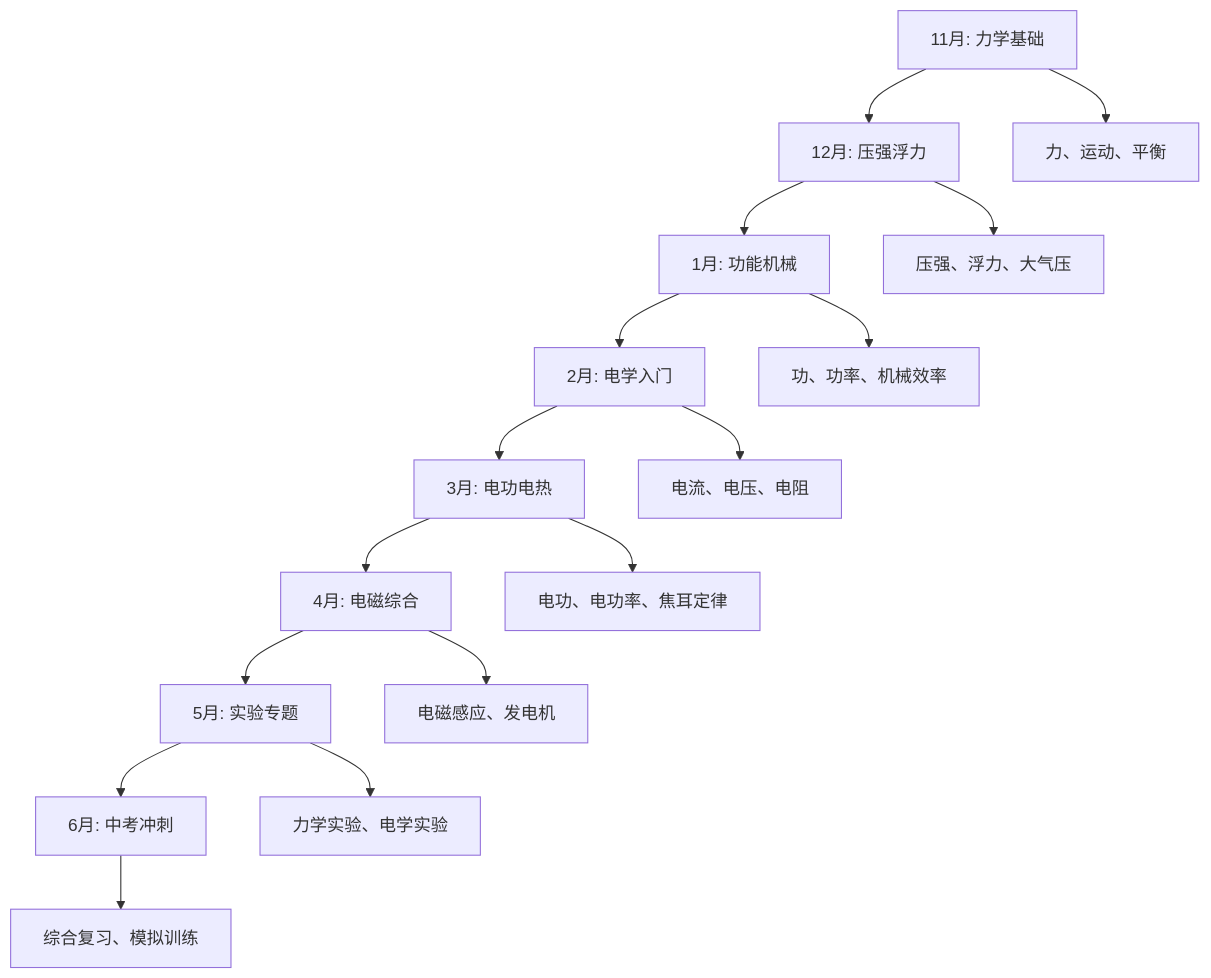
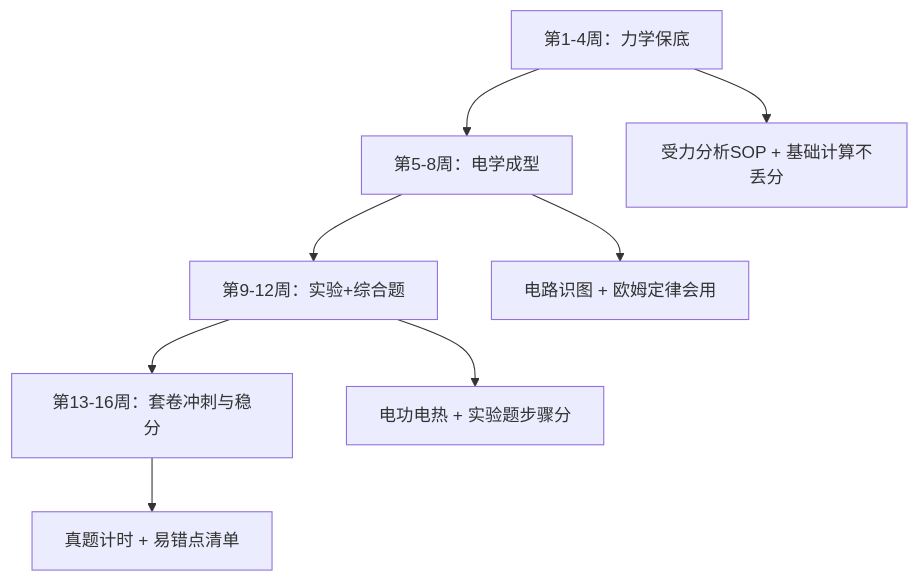
One commit to nonomil/junior-high-study-rebuild changed the first of 7 diagrams in docs-v2/04-物理科目学习指南-概念理解与实验突破.md. Above: the diagram before and after it, drawn with Mermaid. The commit also changed other lines of this file and 52 other files, not shown here.

````diff
--- a/docs-v2/04-物理科目学习指南-概念理解与实验突破.md
+++ b/docs-v2/04-物理科目学习指南-概念理解与实验突破.md
@@ -17,19 +17,11 @@
 ```mermaid
 graph TD
-    A[11月: 力学基础] --> B[12月: 压强浮力]
-    B --> C[1月: 功能机械]
-    C --> D[2月: 电学入门]
-    D --> E[3月: 电功电热]
-    E --> F[4月: 电磁综合]
-    F --> G[5月: 实验专题]
-    G --> H[6月: 中考冲刺]
+    A[第1-4周：力学保底] --> B[第5-8周：电学成型]
+    B --> C[第9-12周：实验+综合题]
+    C --> D[第13-16周：套卷冲刺与稳分]
     
-    A --> A1[力、运动、平衡]
-    B --> B1[压强、浮力、大气压]
-    C --> C1[功、功率、机械效率]
-    D --> D1[电流、电压、电阻]
-    E --> E1[电功、电功率、焦耳定律]
-    F --> F1[电磁感应、发电机]
-    G --> G1[力学实验、电学实验]
-    H --> H1[综合复习、模拟训练]
+    A --> A1[受力分析SOP + 基础计算不丢分]
+    B --> B1[电路识图 + 欧姆定律会用]
+    C --> C1[电功电热 + 实验题步骤分]
+    D --> D1[真题计时 + 易错点清单]
 ```
````
